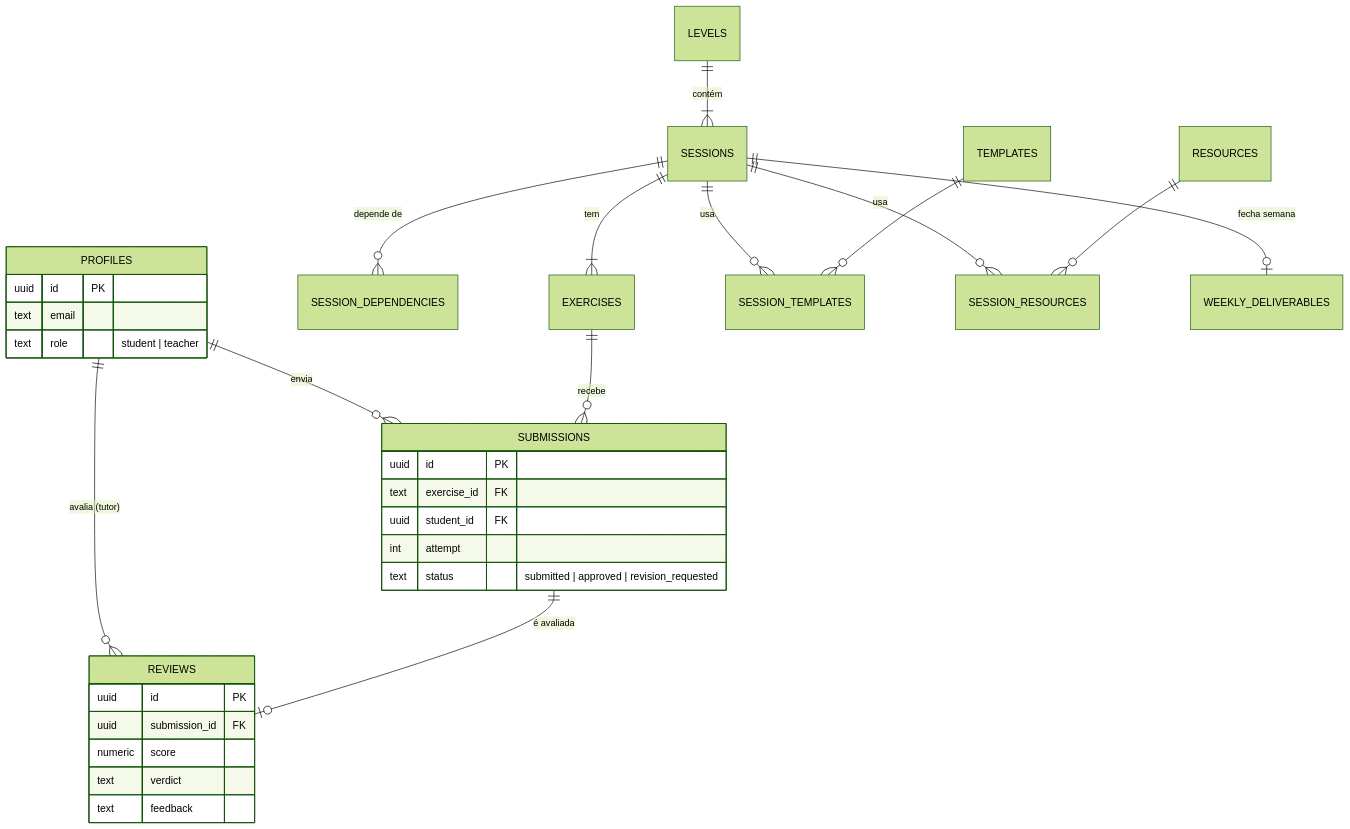
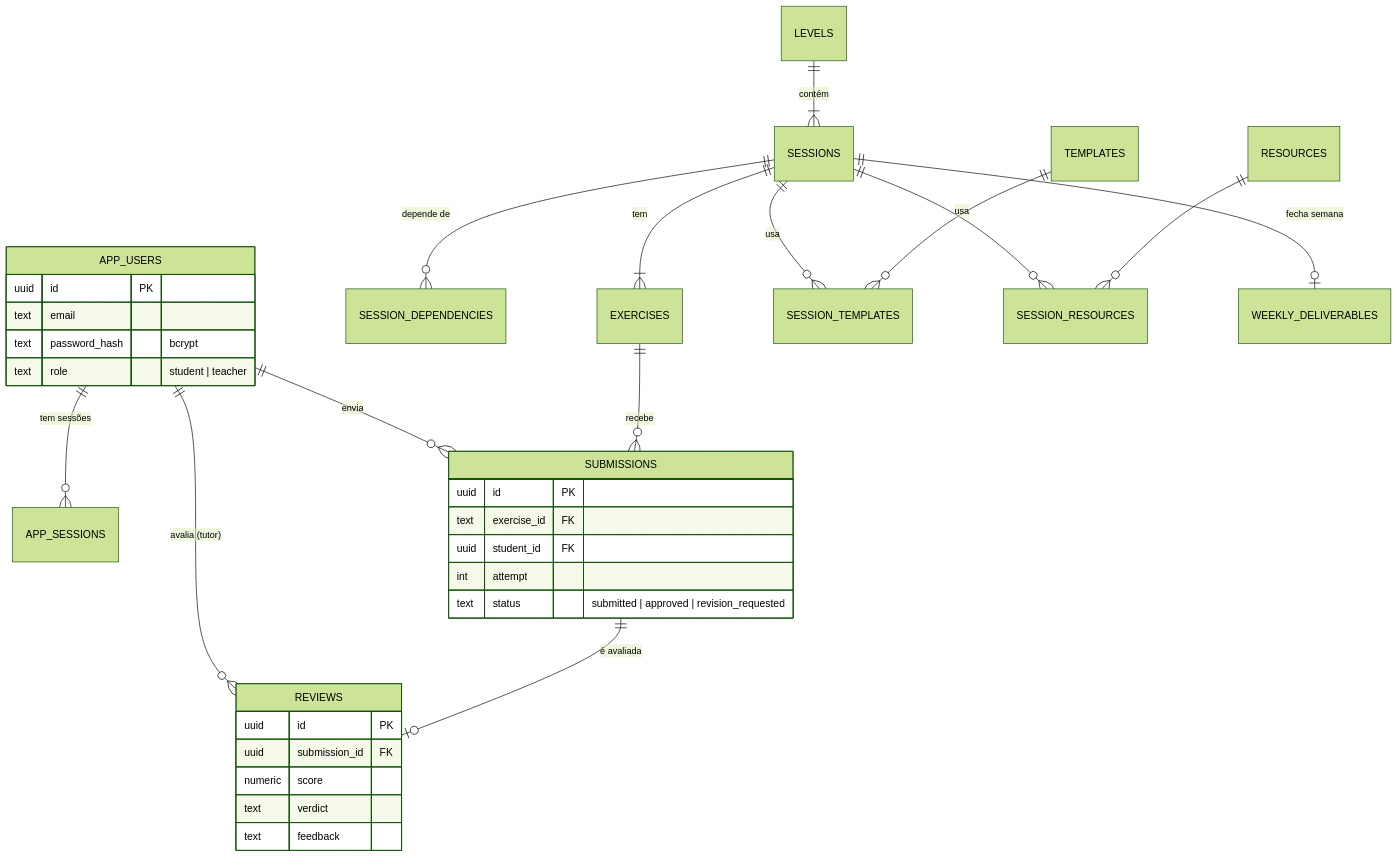
The diagram in docs/05-app.md (ehpessoa/dafa), drawn with Mermaid (forest theme) before and after one commit. The commit also changed other lines of this file and 23 other files, not shown here.

````diff
--- a/docs/05-app.md
+++ b/docs/05-app.md
@@ -25,28 +25,30 @@
 ```mermaid
 erDiagram
-  PROFILES ||--o{ SUBMISSIONS : envia
-  PROFILES ||--o{ REVIEWS : "avalia (tutor)"
+  APP_USERS ||--o{ APP_SESSIONS : "tem sessões"
+  APP_USERS ||--o{ SUBMISSIONS : envia
+  APP_USERS ||--o{ REVIEWS : "avalia (tutor)"
   LEVELS ||--|{ SESSIONS : contém
   SESSIONS ||--o{ SESSION_DEPENDENCIES : "depende de"
   SESSIONS ||--|{ EXERCISES : tem
   SESSIONS ||--o{ SESSION_TEMPLATES : usa
   SESSIONS ||--o{ SESSION_RESOURCES : usa
   TEMPLATES ||--o{ SESSION_TEMPLATES : ""
   RESOURCES ||--o{ SESSION_RESOURCES : ""
   EXERCISES ||--o{ SUBMISSIONS : recebe
   SUBMISSIONS ||--o| REVIEWS : "é avaliada"
   SESSIONS ||--o| WEEKLY_DELIVERABLES : "fecha semana"
-  PROFILES { uuid id PK
+  APP_USERS { uuid id PK
     text email
+    text password_hash "bcrypt"
     text role "student | teacher" }
   SUBMISSIONS { uuid id PK
     text exercise_id FK
     uuid student_id FK
     int attempt
     text status "submitted | approved | revision_requested" }
   REVIEWS { uuid id PK
     uuid submission_id FK
     numeric score
     text verdict
     text feedback }
 ```
````
